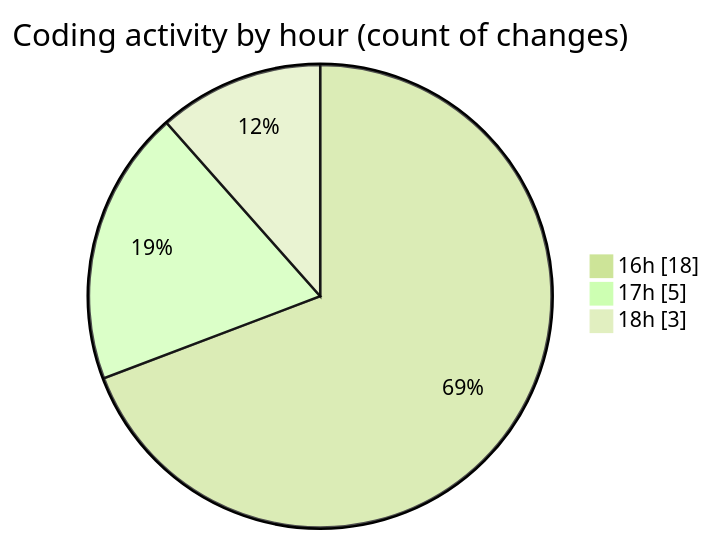
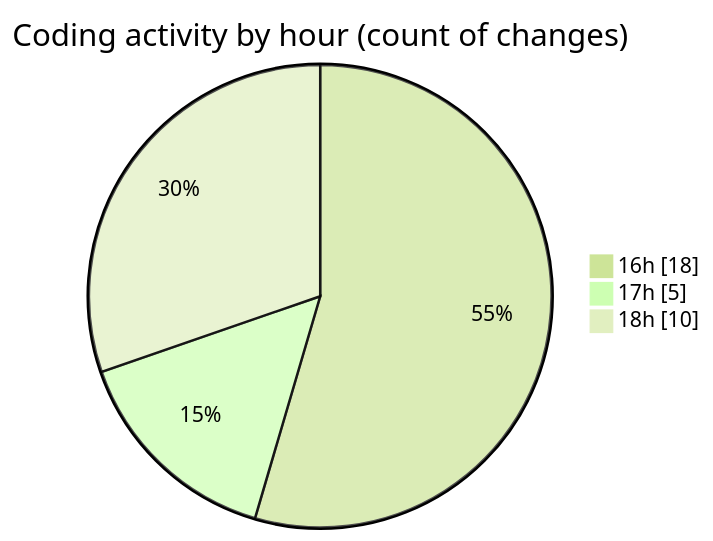
The second of 2 diagrams in 2025-02-27/uber_clone/README.md (donsfak/code-tracking), drawn with Mermaid (forest theme) before and after one commit. The commit also changed other lines of this file and 1 other file, not shown here.

````diff
--- a/2025-02-27/uber_clone/README.md
+++ b/2025-02-27/uber_clone/README.md
@@ -29,7 +29,7 @@
 ```mermaid
 pie showData
 title Coding activity by hour (count of changes)
 "16h" : 18
 "17h" : 5
-"18h" : 3
+"18h" : 10
 ```
````
